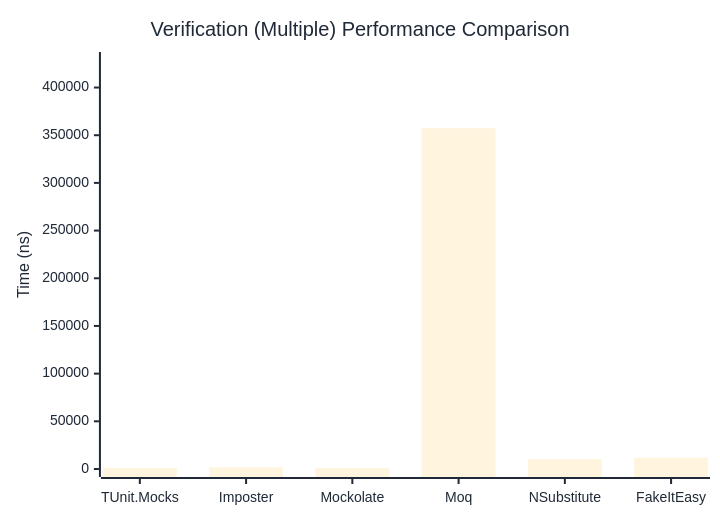
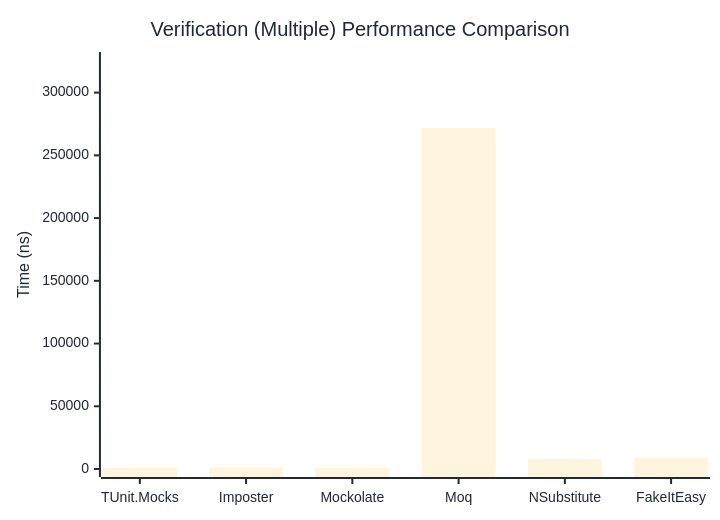
Before and after one commit to thomhurst/TUnit: the third of 3 diagrams in docs/docs/benchmarks/mocks/Verification.md, drawn with Mermaid. The commit also changed other lines of this file and 14 other files, not shown here.

````diff
--- a/docs/docs/benchmarks/mocks/Verification.md
+++ b/docs/docs/benchmarks/mocks/Verification.md
@@ -112,27 +112,27 @@
 ```mermaid
 %%{init: {
   'theme':'base',
   'themeVariables': {
     'primaryColor': '#2563eb',
     'primaryTextColor': '#1f2937',
     'primaryBorderColor': '#1e40af',
     'lineColor': '#6b7280',
     'secondaryColor': '#7c3aed',
     'tertiaryColor': '#dc2626',
     'background': '#ffffff',
     'pie1': '#2563eb',
     'pie2': '#7c3aed',
     'pie3': '#dc2626',
     'pie4': '#f59e0b',
     'pie5': '#10b981',
     'pie6': '#06b6d4',
     'pie7': '#ec4899',
     'pie8': '#6366f1'
   }
 }}%%
 xychart-beta
   title "Verification (Multiple) Performance Comparison"
   x-axis ["TUnit.Mocks", "Imposter", "Mockolate", "Moq", "NSubstitute", "FakeItEasy"]
-  y-axis "Time (ns)" 0 --> 428872
-  bar [1282.45, 1747.22, 1142.36, 357392.96, 10530.22, 11804.9]
+  y-axis "Time (ns)" 0 --> 326003
+  bar [955.82, 1334.92, 886.1, 271668.78, 7913.22, 8872.98]
 ```
````
